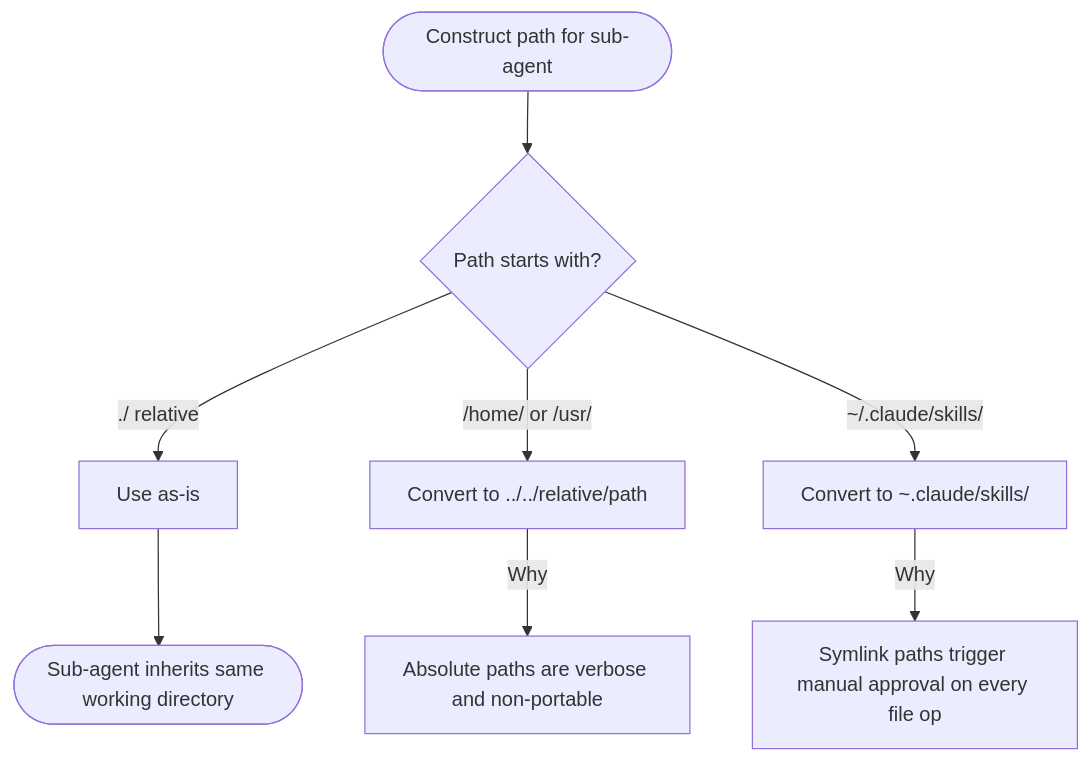
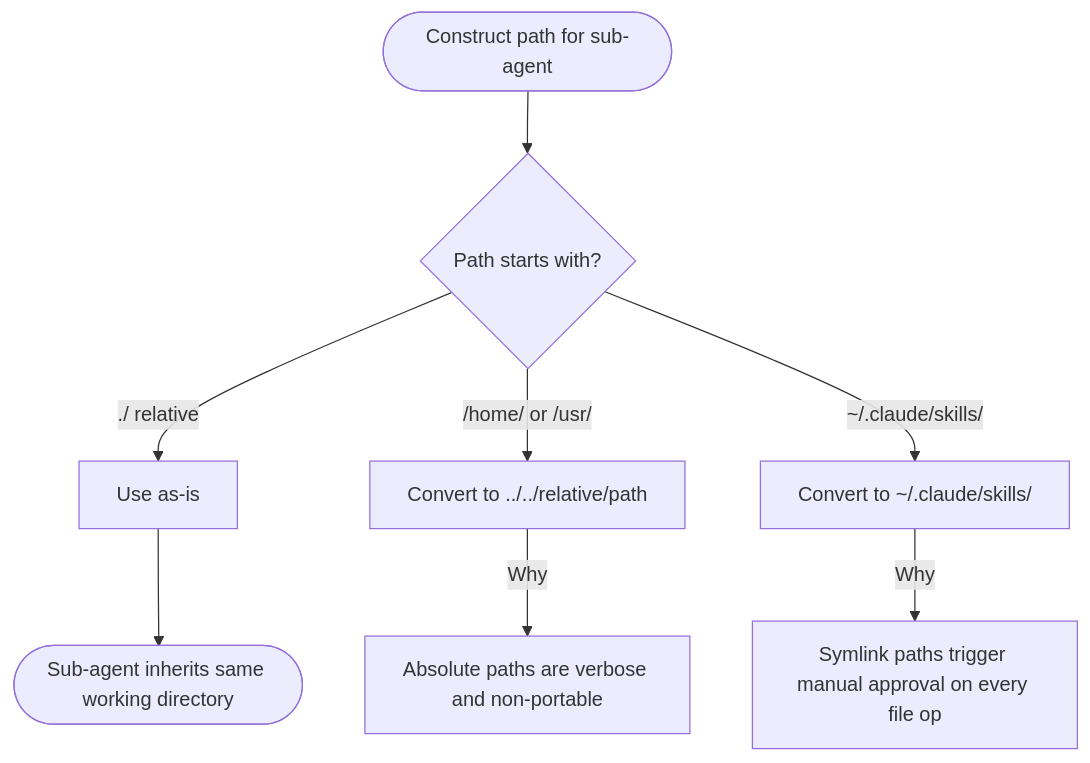
One commit to chgreer1070/claude_skills changed the first of 3 diagrams in .claude/CLAUDE.md. Above: the diagram before and after it, drawn with Mermaid. The commit also changed other lines of this file and 16 other files, not shown here.

Commit message:
fix(claude-md): fix mermaid typo, add yaml-toml stub, restore citation checklist items

````diff
--- a/.claude/CLAUDE.md
+++ b/.claude/CLAUDE.md
@@ -88,10 +88,10 @@
 ```mermaid
 flowchart TD
     Start([Construct path for sub-agent]) --> Q{Path starts with?}
     Q -->|./ relative| Use[Use as-is]
     Q -->|/home/ or /usr/| Abs[Convert to ../../relative/path]
-    Q -->|~/.claude/skills/| Sym[Convert to ~.claude/skills/]
+    Q -->|~/.claude/skills/| Sym[Convert to ~/.claude/skills/]
     Abs -->|Why| Reason1[Absolute paths are verbose and non-portable]
     Sym -->|Why| Reason2[Symlink paths trigger manual approval on every file op]
     Use --> Done([Sub-agent inherits same working directory])
 ```
````
